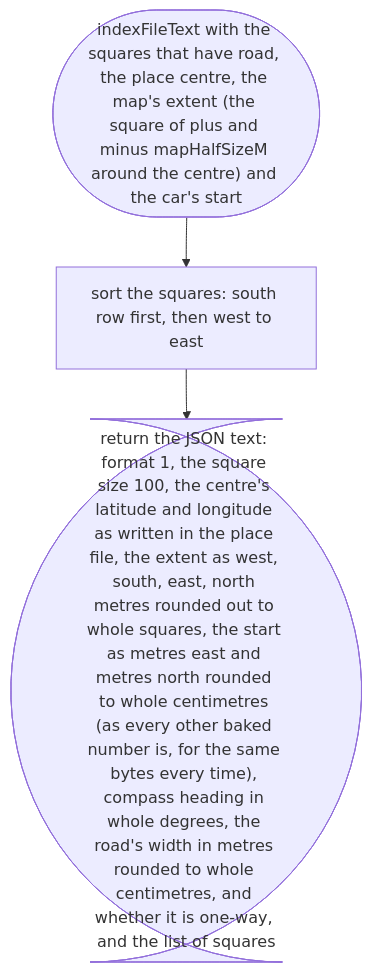
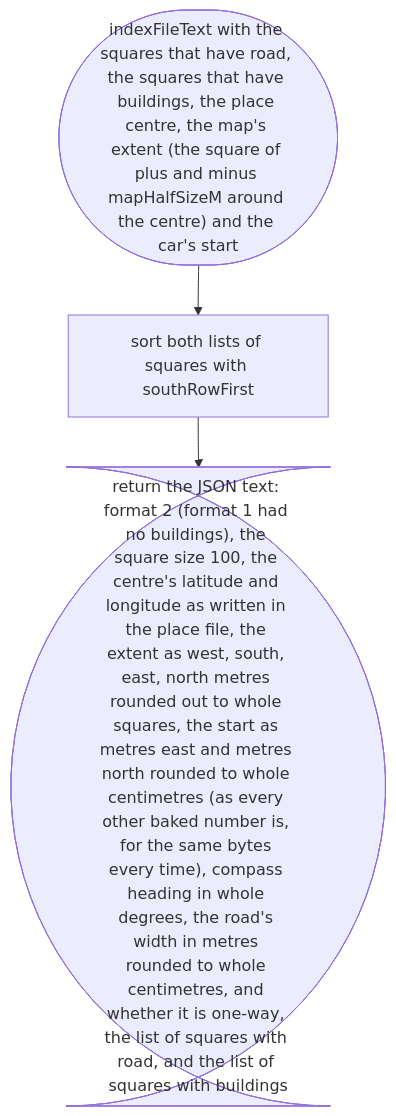
Before and after one commit to NewDara-Star/world-engine: the third of 4 diagrams in docs/designs/tools/bake/chunk-text.md, drawn with Mermaid. The commit also changed other lines of this file and 306 other files, not shown here.

First line of the commit message:
Scope 006: buildings from OpenStreetMap

````diff
--- a/docs/designs/tools/bake/chunk-text.md
+++ b/docs/designs/tools/bake/chunk-text.md
@@ -55,7 +55,7 @@
 ```mermaid
 flowchart TD
-  s(["indexFileText with the squares that have road, the place centre, the map's extent (the square of plus and minus mapHalfSizeM around the centre) and the car's start"])
-  a["sort the squares: south row first, then west to east"]
-  b(["return the JSON text: format 1, the square size 100, the centre's latitude and longitude as written in the place file, the extent as west, south, east, north metres rounded out to whole squares, the start as metres east and metres north rounded to whole centimetres (as every other baked number is, for the same bytes every time), compass heading in whole degrees, the road's width in metres rounded to whole centimetres, and whether it is one-way, and the list of squares"])
+  s(["indexFileText with the squares that have road, the squares that have buildings, the place centre, the map's extent (the square of plus and minus mapHalfSizeM around the centre) and the car's start"])
+  a["sort both lists of squares with southRowFirst"]
+  b(["return the JSON text: format 2 (format 1 had no buildings), the square size 100, the centre's latitude and longitude as written in the place file, the extent as west, south, east, north metres rounded out to whole squares, the start as metres east and metres north rounded to whole centimetres (as every other baked number is, for the same bytes every time), compass heading in whole degrees, the road's width in metres rounded to whole centimetres, and whether it is one-way, the list of squares with road, and the list of squares with buildings"])
   s --> a --> b
 ```
````
